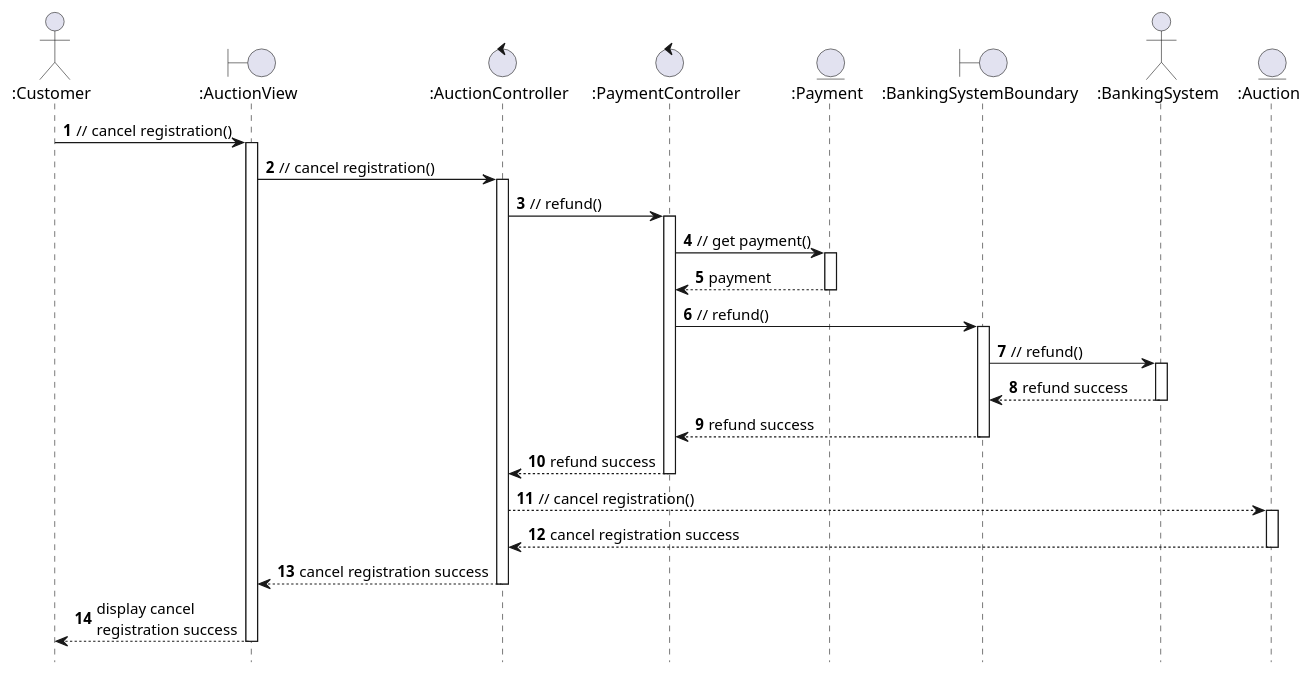
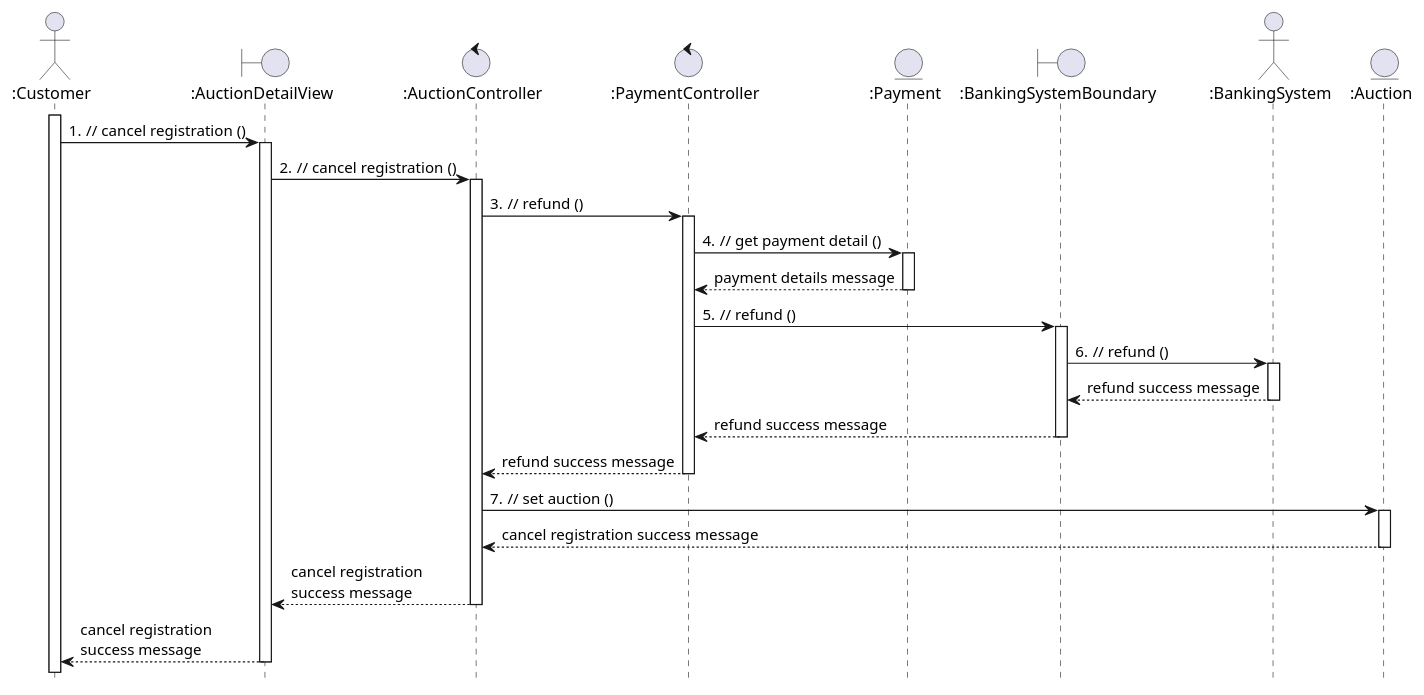
One commit to anhbanlinhle/velocity-exchange changed the diagram in uml/analysis/sequence/cancel-registration.pu. Above: the diagram before and after it, drawn with PlantUML. The commit also changed 13 other files, not shown here.

Commit message:
doc: update sequence and class analysis diagram new format

```diff
--- a/uml/analysis/sequence/cancel-registration.pu
+++ b/uml/analysis/sequence/cancel-registration.pu
@@ -1,32 +1,38 @@
 @startuml cancel_registration
 hide footbox
 
 actor ":Customer" as customer
-boundary ":AuctionView" as view
+boundary ":AuctionDetailView" as view
 control ":AuctionController" as auctionController
 control ":PaymentController" as paymentController
 entity ":Payment" as payment
 boundary ":BankingSystemBoundary" as bankBoundary
 actor ":BankingSystem" as bank
 entity ":Auction" as auction
 
-autonumber
+autonumber 1 1 "0."
 
-customer -> view: // cancel registration()
+customer ++
+customer -> view: // cancel registration ()
 activate view
-view -> auctionController ++: // cancel registration()
-auctionController -> paymentController ++: // refund()
-paymentController -> payment ++: // get payment()
-payment --> paymentController --: payment
-paymentController -> bankBoundary ++: // refund()
-bankBoundary -> bank ++: // refund()
-bank --> bankBoundary --: refund success
-bankBoundary --> paymentController --: refund success
-paymentController --> auctionController --: refund success
-auctionController --> auction ++ : // cancel registration()
-auction --> auctionController --: cancel registration success
-auctionController --> view --: cancel registration success
-view --> customer --: display cancel \nregistration success
+view -> auctionController ++: // cancel registration ()
+auctionController -> paymentController ++: // refund ()
+paymentController -> payment ++: // get payment detail ()
+autonumber stop
+payment --> paymentController --: payment details message
+autonumber resume
+paymentController -> bankBoundary ++: // refund ()
+bankBoundary -> bank ++: // refund ()
+autonumber stop
+bank --> bankBoundary --: refund success message
+bankBoundary --> paymentController --: refund success message
+paymentController --> auctionController --: refund success message
+autonumber resume
+auctionController -> auction ++ : // set auction ()
+autonumber stop
+auction --> auctionController --: cancel registration success message
+auctionController --> view --: cancel registration\nsuccess message
+view --> customer --: cancel registration\nsuccess message
 
 
 @enduml
```
